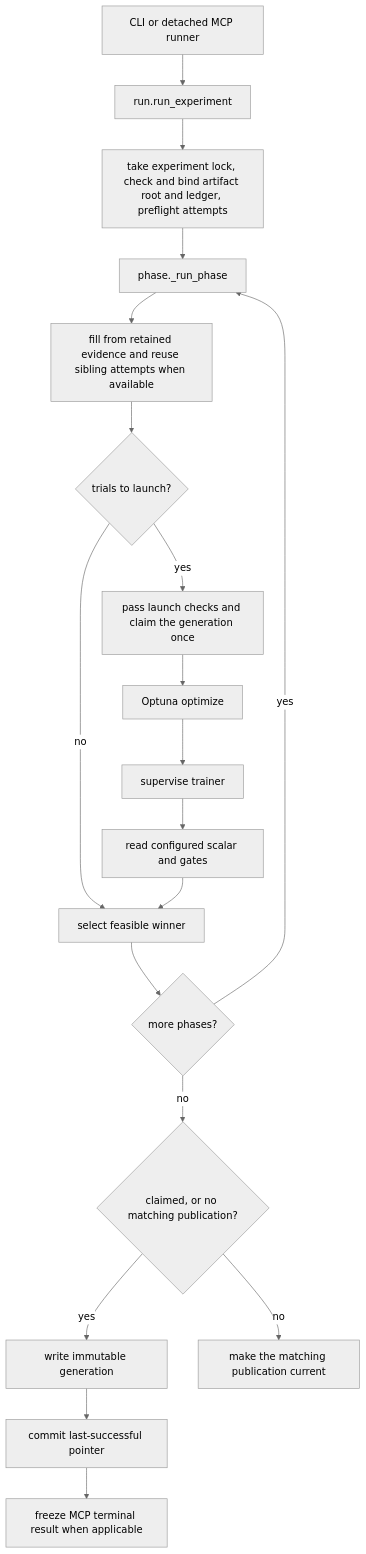
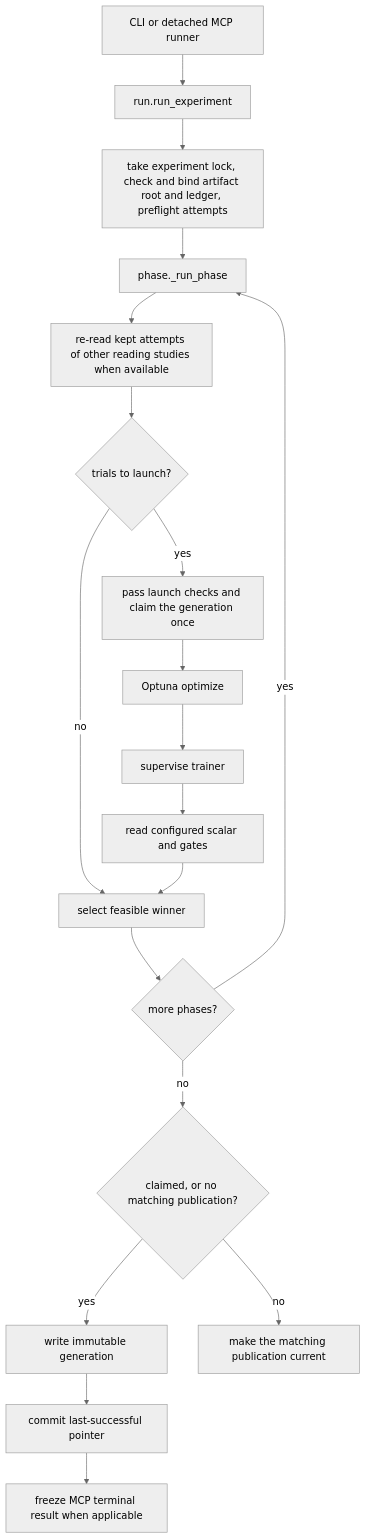
Before and after one commit to pszemraj/phasesweep: the diagram in docs/development.md, drawn with Mermaid (neutral theme). The commit also changed other lines of this file and 2 other files, not shown here.

Commit message:
docs(reread): describe re-reading kept attempts through one walk
runtime.md describes how a study takes kept attempts slot by slot, the run and dry-run lines, and the refusal a raised target gets when re-read results lower the retry ceiling. invariants.md rewrites invariant 36 with its Held-by and Tests lines and adds invariant 38: an attempt belongs to the study that launched it and allocation contexts are never copied. development.md names the reread module's one job.

````diff
--- a/docs/development.md
+++ b/docs/development.md
@@ -198,21 +198,21 @@
 ```mermaid
 flowchart TD
     cli["CLI or detached MCP runner"] --> run["run.run_experiment"]
     run --> preflight["take experiment lock, check and bind artifact root and ledger, preflight attempts"]
     preflight --> phase["phase._run_phase"]
-    phase --> retained["fill from retained evidence and reuse sibling attempts when available"]
+    phase --> retained["re-read kept attempts of other reading studies when available"]
     retained --> work{"trials to launch?"}
     work -->|yes| claim["pass launch checks and claim the generation once"]
     work -->|no| select
     claim --> optimize["Optuna optimize"]
     optimize --> launch["supervise trainer"]
     launch --> evidence["read configured scalar and gates"]
     evidence --> select["select feasible winner"]
     select --> next{"more phases?"}
     next -->|yes| phase
     next -->|no| changed{"claimed, or no matching publication?"}
     changed -->|yes| generation["write immutable generation"]
     changed -->|no| unchanged["make the matching publication current"]
     generation --> pointer["commit last-successful pointer"]
     pointer --> snapshot["freeze MCP terminal result when applicable"]
 ```
````
